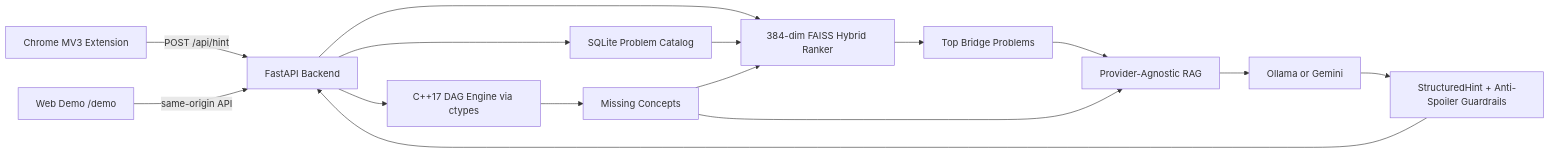
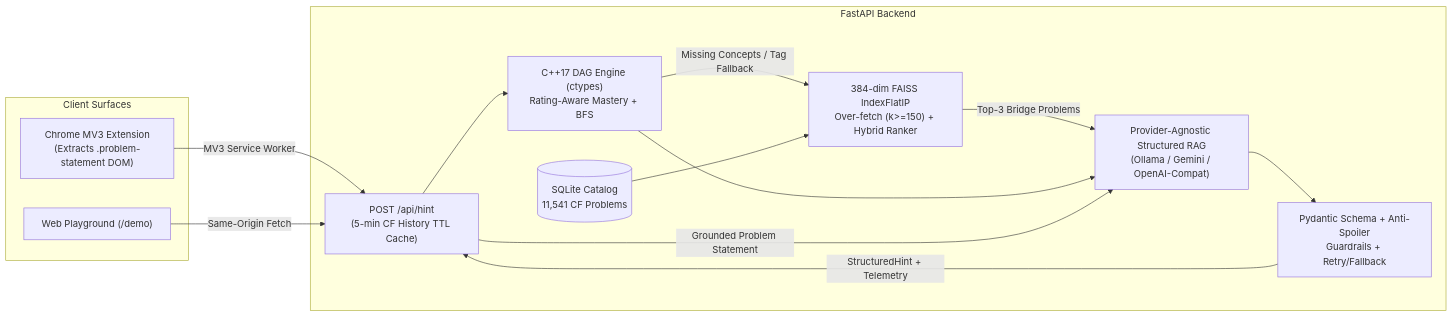
Before and after one commit to Krishna27Singh/BridgeCF: the diagram in README.md, drawn with Mermaid. The commit also changed other lines of this file and 14 other files, not shown here.

Commit message:
fix(backend): ground hints in problem statements, fix live eval recall, and isolate C++ graph timing

````diff
--- a/README.md
+++ b/README.md
@@ -10,17 +16,27 @@
 ```mermaid
 flowchart LR
-  A[Chrome MV3 Extension] -->|POST /api/hint| B[FastAPI Backend]
-  D[Web Demo /demo] -->|same-origin API| B
-  B --> C[C++17 DAG Engine via ctypes]
-  B --> E[SQLite Problem Catalog]
-  B --> F[384-dim FAISS Hybrid Ranker]
-  C --> G[Missing Concepts]
+  subgraph Client["Client Surfaces"]
+    A["Chrome MV3 Extension<br/>(Extracts .problem-statement DOM)"]
+    D["Web Playground (/demo)"]
+  end
+
+  subgraph API["FastAPI Backend"]
+    B["POST /api/hint<br/>(5-min CF History TTL Cache)"]
+    C["C++17 DAG Engine (ctypes)<br/>Rating-Aware Mastery + BFS"]
+    E[("SQLite Catalog<br/>11,541 CF Problems")]
+    F["384-dim FAISS IndexFlatIP<br/>Over-fetch (k>=150) + Hybrid Ranker"]
+    I["Provider-Agnostic Structured RAG<br/>(Ollama / Gemini / OpenAI-Compat)"]
+    K["Pydantic Schema + Anti-Spoiler<br/>Guardrails + Retry/Fallback"]
+  end
+
+  A -->|MV3 Service Worker| B
+  D -->|Same-Origin Fetch| B
+  B --> C
+  C -->|Missing Concepts / Tag Fallback| F
   E --> F
-  G --> F
-  F --> H[Top Bridge Problems]
-  H --> I[Provider-Agnostic RAG]
-  G --> I
-  I --> J[Ollama or Gemini]
-  J --> K[StructuredHint + Anti-Spoiler Guardrails]
-  K --> B
+  F -->|Top-3 Bridge Problems| I
+  C --> I
+  B -->|Grounded Problem Statement| I
+  I --> K
+  K -->|StructuredHint + Telemetry| B
 ```
````
